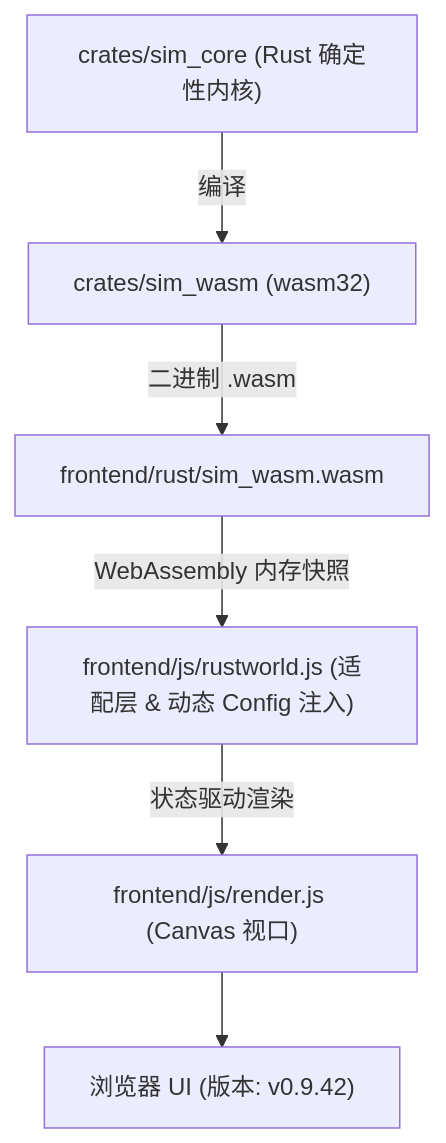
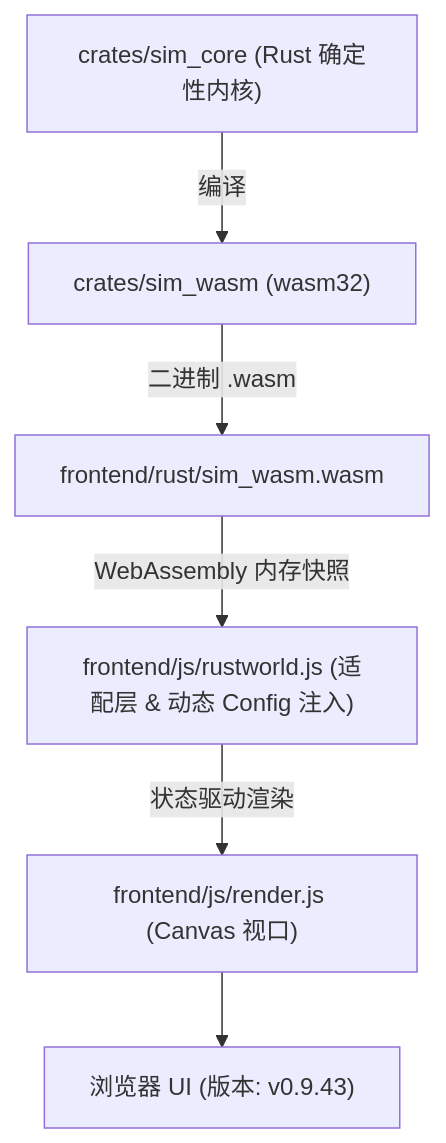
The diagram in AGENTS.md (g39088902/FlowAndAccord), drawn with Mermaid before and after one commit. The commit also changed other lines of this file and 12 other files, not shown here.

````diff
--- a/AGENTS.md
+++ b/AGENTS.md
@@ -28,8 +28,8 @@
 ```mermaid
 graph TD
     A["crates/sim_core (Rust 确定性内核)"] -->|编译| B["crates/sim_wasm (wasm32)"]
     B -->|二进制 .wasm| C["frontend/rust/sim_wasm.wasm"]
     C -->|WebAssembly 内存快照| D["frontend/js/rustworld.js (适配层 & 动态 Config 注入)"]
     D -->|状态驱动渲染| E["frontend/js/render.js (Canvas 视口)"]
-    E --> F["浏览器 UI (版本: v0.9.42)"]
+    E --> F["浏览器 UI (版本: v0.9.43)"]
 ```
````
